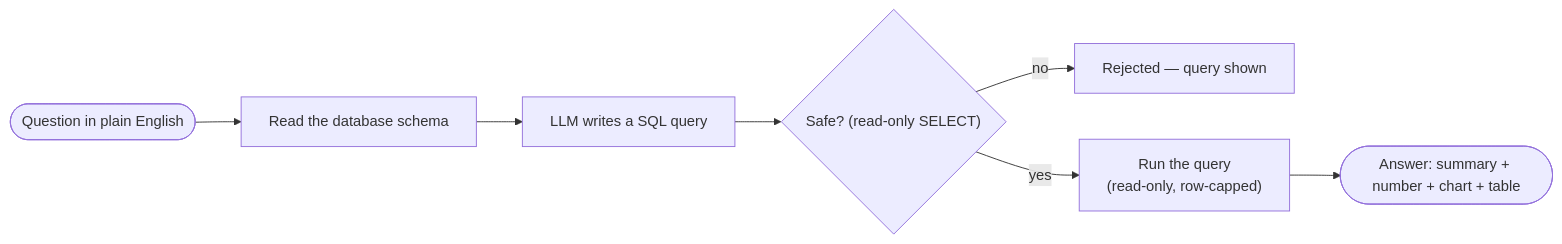
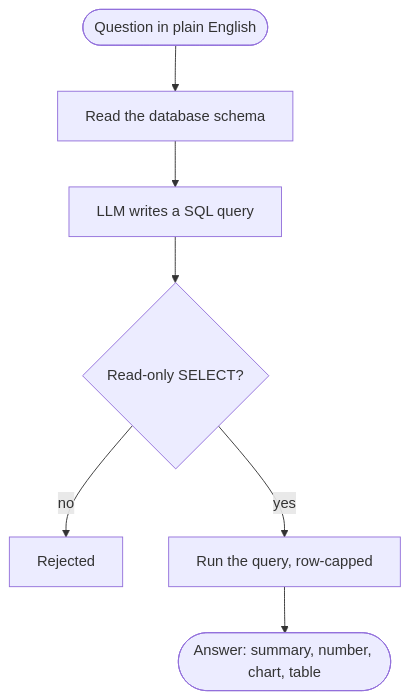
One commit to janebugai/natural-language-to-sql-chatbot changed the diagram in README.md. Above: the diagram before and after it, drawn with Mermaid.

Commit message:
Make the How-it-works flowchart vertical so it renders larger on GitHub
The left-to-right chart was wider than GitHub's content column, so it
was scaled down and the text became hard to read. Switch to a top-down
layout with shorter node labels; it renders at natural size.

````diff
--- a/README.md
+++ b/README.md
@@ -18,9 +18,9 @@
 ```mermaid
-flowchart LR
+flowchart TD
     Q(["Question in plain English"]) --> S["Read the database schema"]
     S --> G["LLM writes a SQL query"]
-    G --> V{"Safe? (read-only SELECT)"}
-    V -- no --> X["Rejected — query shown"]
-    V -- yes --> R["Run the query<br/>(read-only, row-capped)"]
-    R --> A(["Answer: summary + number + chart + table"])
+    G --> V{"Read-only SELECT?"}
+    V -- no --> X["Rejected"]
+    V -- yes --> R["Run the query, row-capped"]
+    R --> A(["Answer: summary, number, chart, table"])
 ```
````
